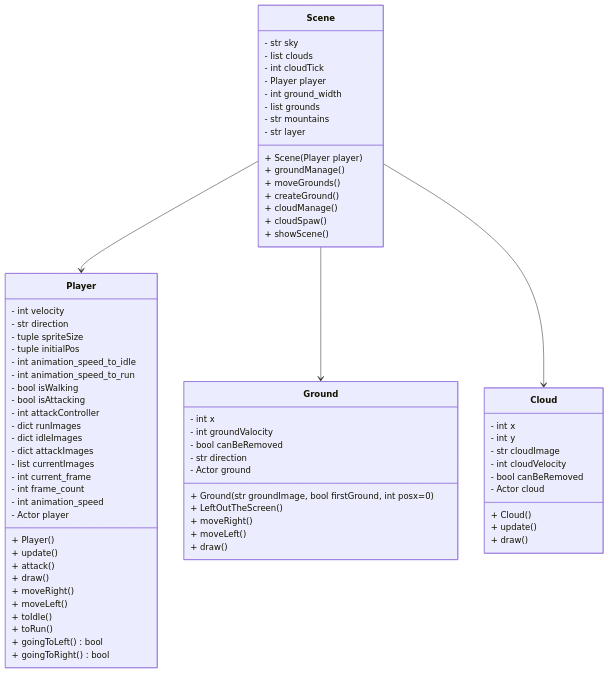
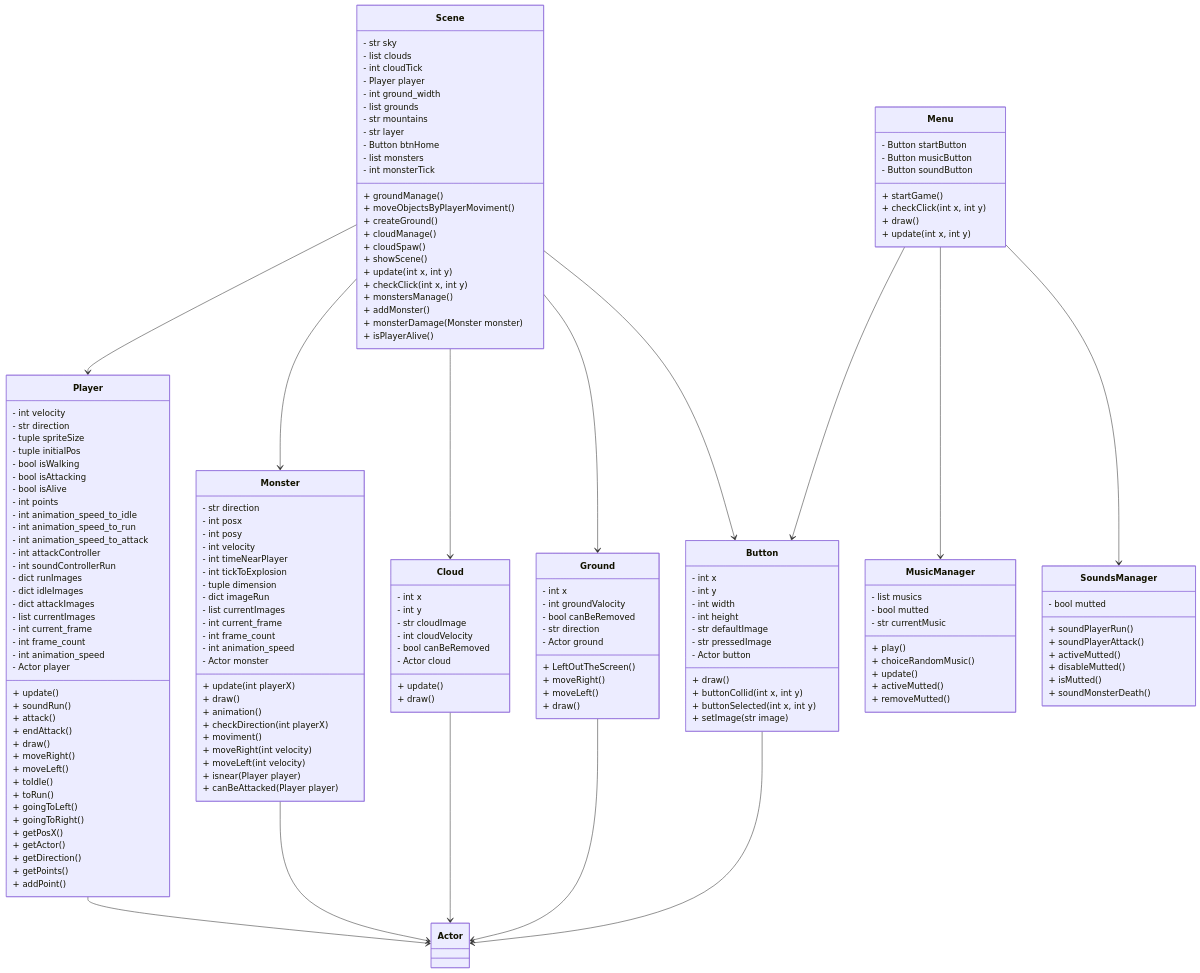
Before and after one commit to kei4ss/Samurai-assault: the diagram in documents/README.md, drawn with Mermaid. The commit also changed 1 other file, not shown here.

Commit message:
documents upgrade

````diff
--- a/documents/README.md
+++ b/documents/README.md
@@ -7,11 +7,15 @@
         - str direction
         - tuple spriteSize
         - tuple initialPos
+        - bool isWalking
+        - bool isAttacking
+        - bool isAlive
+        - int points
         - int animation_speed_to_idle
         - int animation_speed_to_run
-        - bool isWalking
-        - bool isAttacking
+        - int animation_speed_to_attack
         - int attackController
+        - int soundControllerRun
         - dict runImages
         - dict idleImages
         - dict attackImages
@@ -20,16 +24,47 @@
         - int frame_count
         - int animation_speed
         - Actor player
-        + Player()
         + update()
+        + soundRun()
         + attack()
+        + endAttack()
         + draw()
         + moveRight()
         + moveLeft()
         + toIdle()
         + toRun()
-        + goingToLeft() bool
-        + goingToRight() bool
+        + goingToLeft()
+        + goingToRight()
+        + getPosX()
+        + getActor()
+        + getDirection()
+        + getPoints()
+        + addPoint()
+    }
+
+    class Monster {
+        - str direction
+        - int posx
+        - int posy
+        - int velocity
+        - int timeNearPlayer
+        - int tickToExplosion
+        - tuple dimension
+        - dict imageRun
+        - list currentImages
+        - int current_frame
+        - int frame_count
+        - int animation_speed
+        - Actor monster
+        + update(int playerX)
+        + draw()
+        + animation()
+        + checkDirection(int playerX)
+        + moviment()
+        + moveRight(int velocity)
+        + moveLeft(int velocity)
+        + isnear(Player player)
+        + canBeAttacked(Player player)
     }
 
     class Cloud {
@@ -39,25 +74,23 @@
         - int cloudVelocity
         - bool canBeRemoved
         - Actor cloud
-        + Cloud()
         + update()
         + draw()
     }
 
-        class Ground {
+    class Ground {
         - int x
         - int groundValocity
         - bool canBeRemoved
         - str direction
         - Actor ground
-        + Ground(str groundImage, bool firstGround, int posx=0)
         + LeftOutTheScreen()
         + moveRight()
         + moveLeft()
         + draw()
     }
 
-        class Scene {
+    class Scene {
         - str sky
         - list clouds
         - int cloudTick
@@ -66,16 +99,80 @@
         - list grounds
         - str mountains
         - str layer
-        + Scene(Player player)
+        - Button btnHome
+        - list monsters
+        - int monsterTick
         + groundManage()
-        + moveGrounds()
+        + moveObjectsByPlayerMoviment()
         + createGround()
         + cloudManage()
         + cloudSpaw()
         + showScene()
+        + update(int x, int y)
+        + checkClick(int x, int y)
+        + monstersManage()
+        + addMonster()
+        + monsterDamage(Monster monster)
+        + isPlayerAlive()
     }
 
+    class Button {
+        - int x
+        - int y
+        - int width
+        - int height
+        - str defaultImage
+        - str pressedImage
+        - Actor button
+        + draw()
+        + buttonCollid(int x, int y)
+        + buttonSelected(int x, int y)
+        + setImage(str image)
+    }
+
+    class Menu {
+        - Button startButton
+        - Button musicButton
+        - Button soundButton
+        + startGame()
+        + checkClick(int x, int y)
+        + draw()
+        + update(int x, int y)
+    }
+
+    class MusicManager {
+        - list musics
+        - bool mutted
+        - str currentMusic
+        + play()
+        + choiceRandomMusic()
+        + update()
+        + activeMutted()
+        + removeMutted()
+    }
+
+    class SoundsManager {
+        - bool mutted
+        + soundPlayerRun()
+        + soundPlayerAttack()
+        + activeMutted()
+        + disableMutted()
+        + isMutted()
+        + soundMonsterDeath()
+    }
+
+    Player --> Actor
+    Monster --> Actor
+    Cloud --> Actor
+    Ground --> Actor
     Scene --> Player
     Scene --> Ground
     Scene --> Cloud
+    Scene --> Monster
+    Scene --> Button
+    Button --> Actor
+    Menu --> Button
+    Menu --> MusicManager 
+    Menu --> SoundsManager
+
 ```
````
